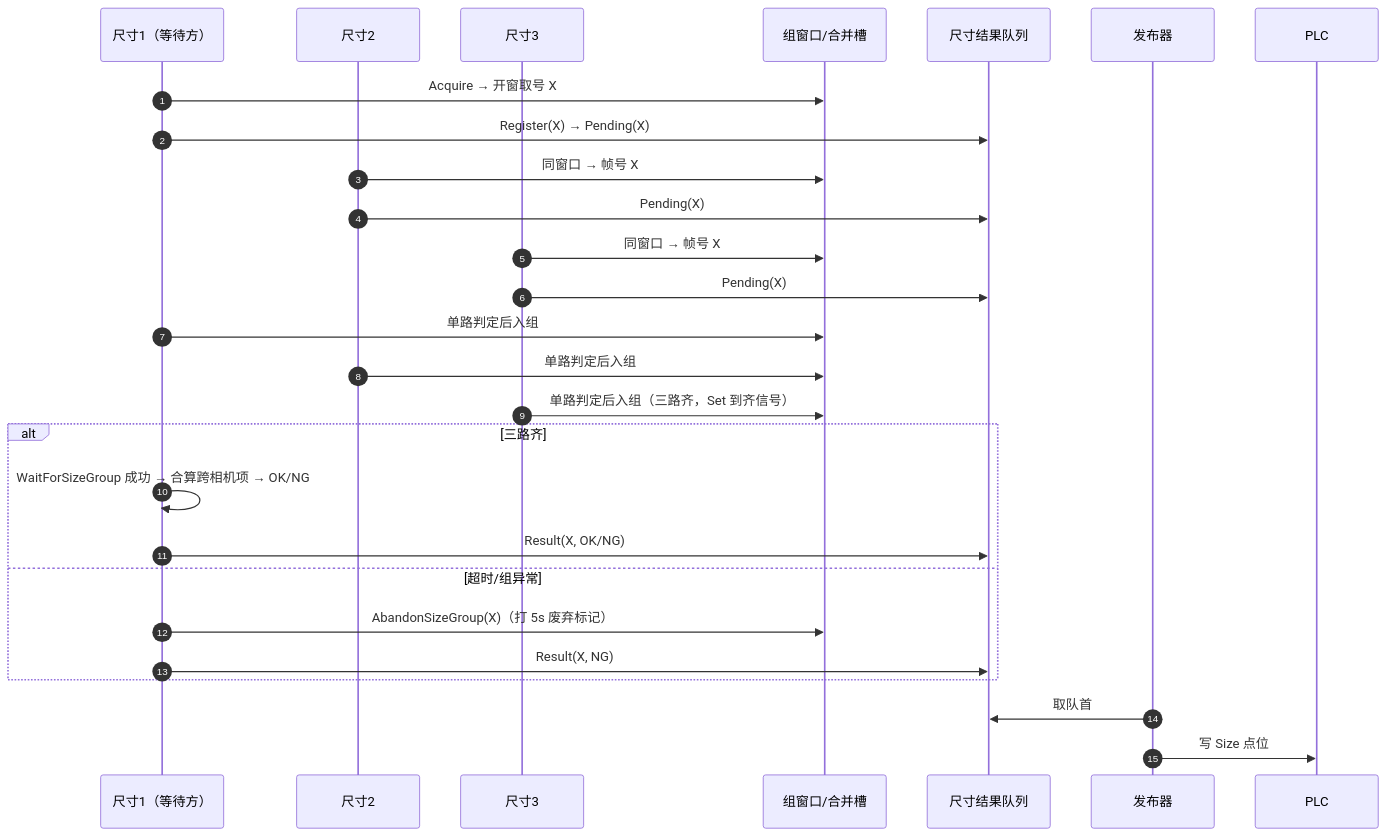
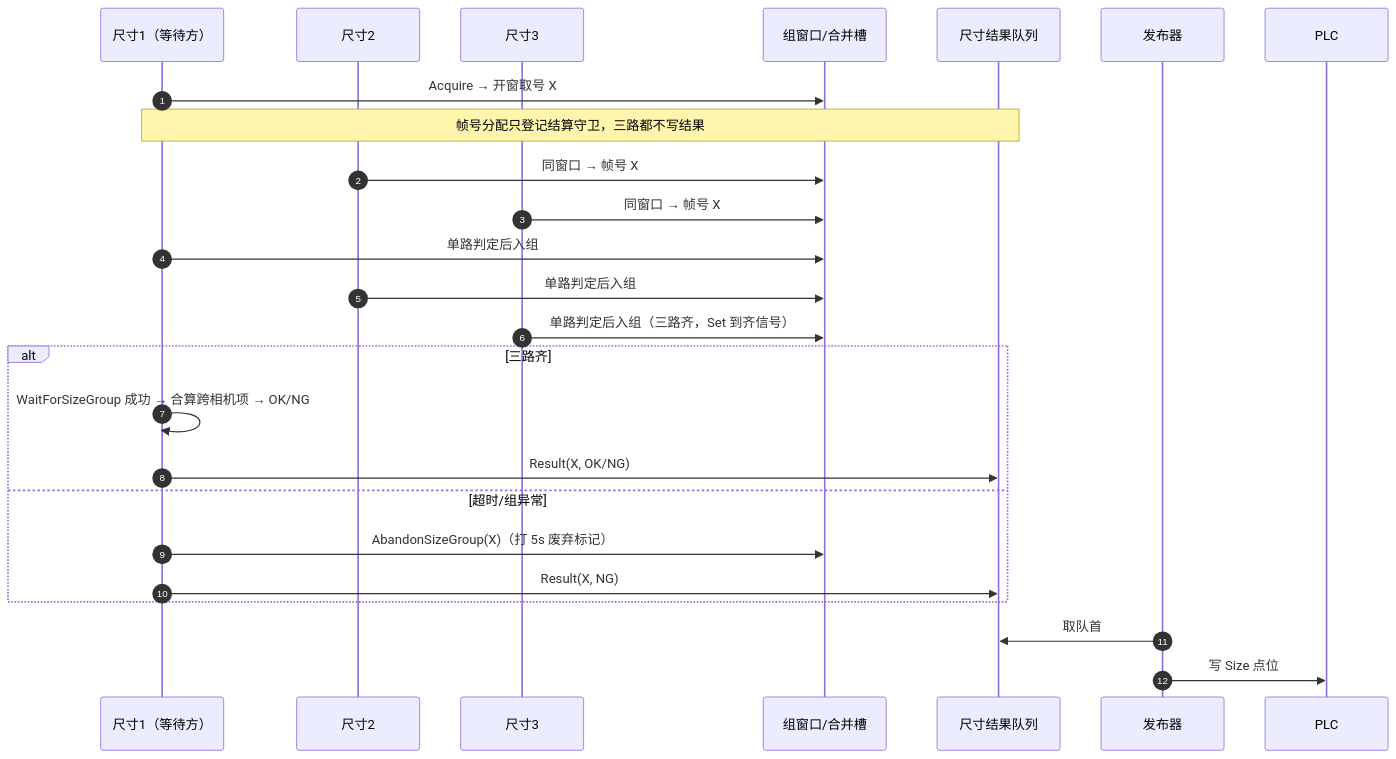
One commit to HowieKwok/die-cutter changed the fourth of 6 diagrams in docs/五金模切_帧队列与PLC发布设计.md. Above: the diagram before and after it, drawn with Mermaid. The commit also changed other lines of this file and 15 other files, not shown here.

````diff
--- a/docs/五金模切_帧队列与PLC发布设计.md
+++ b/docs/五金模切_帧队列与PLC发布设计.md
@@ -538,30 +545,28 @@
 ```mermaid
 sequenceDiagram
     autonumber
     participant C1 as 尺寸1（等待方）
     participant C2 as 尺寸2
     participant C3 as 尺寸3
     participant W as 组窗口/合并槽
     participant R as 尺寸结果队列
     participant P as 发布器
     participant PLC as PLC
 
     C1->>W: Acquire → 开窗取号 X
-    C1->>R: Register(X) → Pending(X)
+    Note over C1,R: 帧号分配只登记结算守卫，三路都不写结果
     C2->>W: 同窗口 → 帧号 X
-    C2->>R: Pending(X)
     C3->>W: 同窗口 → 帧号 X
-    C3->>R: Pending(X)
     C1->>W: 单路判定后入组
     C2->>W: 单路判定后入组
     C3->>W: 单路判定后入组（三路齐，Set 到齐信号）
     alt 三路齐
         C1->>C1: WaitForSizeGroup 成功 → 合算跨相机项 → OK/NG
         C1->>R: Result(X, OK/NG)
     else 超时/组异常
         C1->>W: AbandonSizeGroup(X)（打 5s 废弃标记）
         C1->>R: Result(X, NG)
     end
     P->>R: 取队首
     P->>PLC: 写 Size 点位
 ```
````
